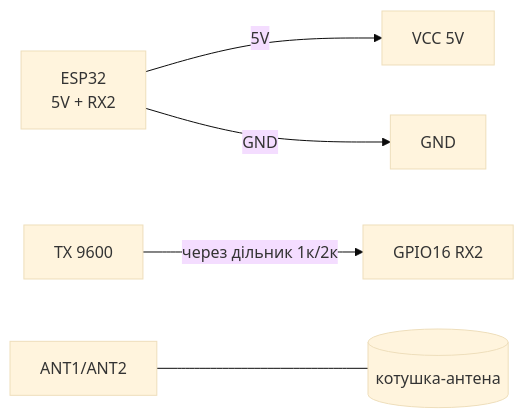
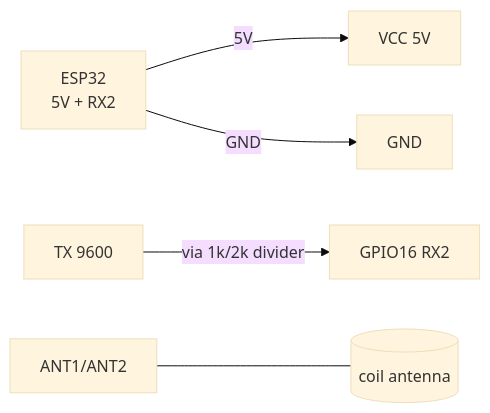
One commit to ksalab/embedded-reference changed the second of 4 diagrams in obsidian_vault/ESP32-Reference/EN/12-Comm-Modules/05-PN532-RDM6300-Fingerprint-GM65.en.md. Above: the diagram before and after it, drawn with Mermaid (base theme). The commit also changed other lines of this file and 76 other files, not shown here.

````diff
--- a/obsidian_vault/ESP32-Reference/EN/12-Comm-Modules/05-PN532-RDM6300-Fingerprint-GM65.en.md
+++ b/obsidian_vault/ESP32-Reference/EN/12-Comm-Modules/05-PN532-RDM6300-Fingerprint-GM65.en.md
@@ -137,7 +137,7 @@
 ```mermaid
 graph LR
     ESP32[ESP32<br/>5V + RX2] -->|5V| VCC[VCC 5V]
     ESP32 -->|GND| GNDM[GND]
-    TX[TX 9600] -->|через дільник 1к/2к| RX2[GPIO16 RX2]
-    ANT[ANT1/ANT2] --- COIL[(котушка-антена)]
+    TX[TX 9600] -->|via 1k/2k divider| RX2[GPIO16 RX2]
+    ANT[ANT1/ANT2] --- COIL[(coil antenna)]
 ```
````
